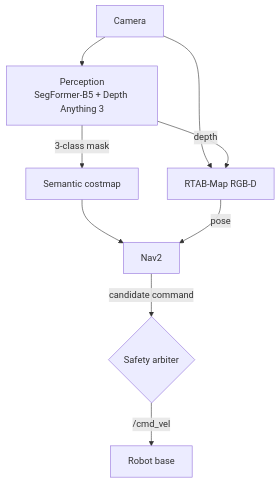
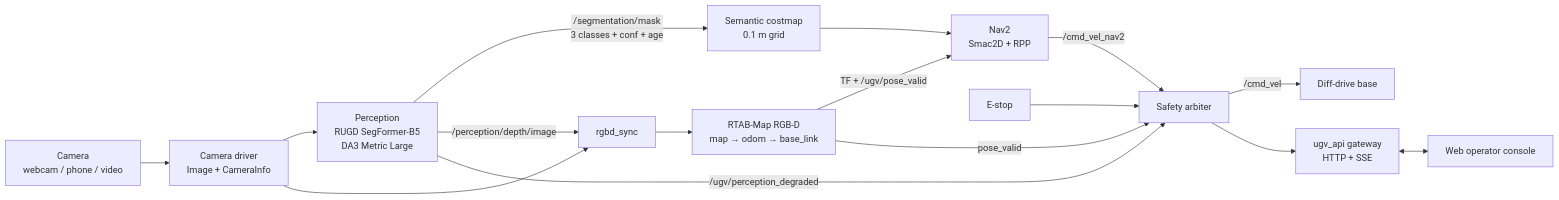
One commit to NIGHTFURY609/whoami changed the diagram in README.md. Above: the diagram before and after it, drawn with Mermaid. The commit also changed other lines of this file, not shown here.

Commit message:
Update flowchart and team member handles in README

````diff
--- a/README.md
+++ b/README.md
@@ -55,11 +55,18 @@
 ```mermaid
-flowchart TD
-    CAM[Camera] --> PER[Perception<br/>SegFormer-B5 + Depth Anything 3]
-    CAM --> SLAM[RTAB-Map RGB-D]
-    PER -- depth --> SLAM
-    PER -- 3-class mask --> CM[Semantic costmap]
-    CM --> NAV[Nav2]
-    SLAM -- pose --> NAV
-    NAV -- candidate command --> ARB{Safety arbiter}
-    ARB -- /cmd_vel --> BASE[Robot base]
+flowchart LR
+    CAM[Camera<br/>webcam / phone / video] --> DRV[Camera driver<br/>Image + CameraInfo]
+    DRV --> PER[Perception<br/>RUGD SegFormer-B5<br/>DA3 Metric Large]
+    DRV --> SYNC[rgbd_sync]
+    PER -- /segmentation/mask<br/>3 classes + conf + age --> CM[Semantic costmap<br/>0.1 m grid]
+    PER -- /perception/depth/image --> SYNC
+    SYNC --> SLAM[RTAB-Map RGB-D<br/>map → odom → base_link]
+    SLAM -- TF + /ugv/pose_valid --> NAV
+    CM --> NAV[Nav2<br/>Smac2D + RPP]
+    NAV -- /cmd_vel_nav2 --> ARB[Safety arbiter]
+    PER -- /ugv/perception_degraded --> ARB
+    SLAM -- pose_valid --> ARB
+    ESTOP[E-stop] --> ARB
+    ARB -- /cmd_vel --> BASE[Diff-drive base]
+    API[ugv_api gateway<br/>HTTP + SSE] <--> UI[Web operator console]
+    ARB --> API
 ```
````
